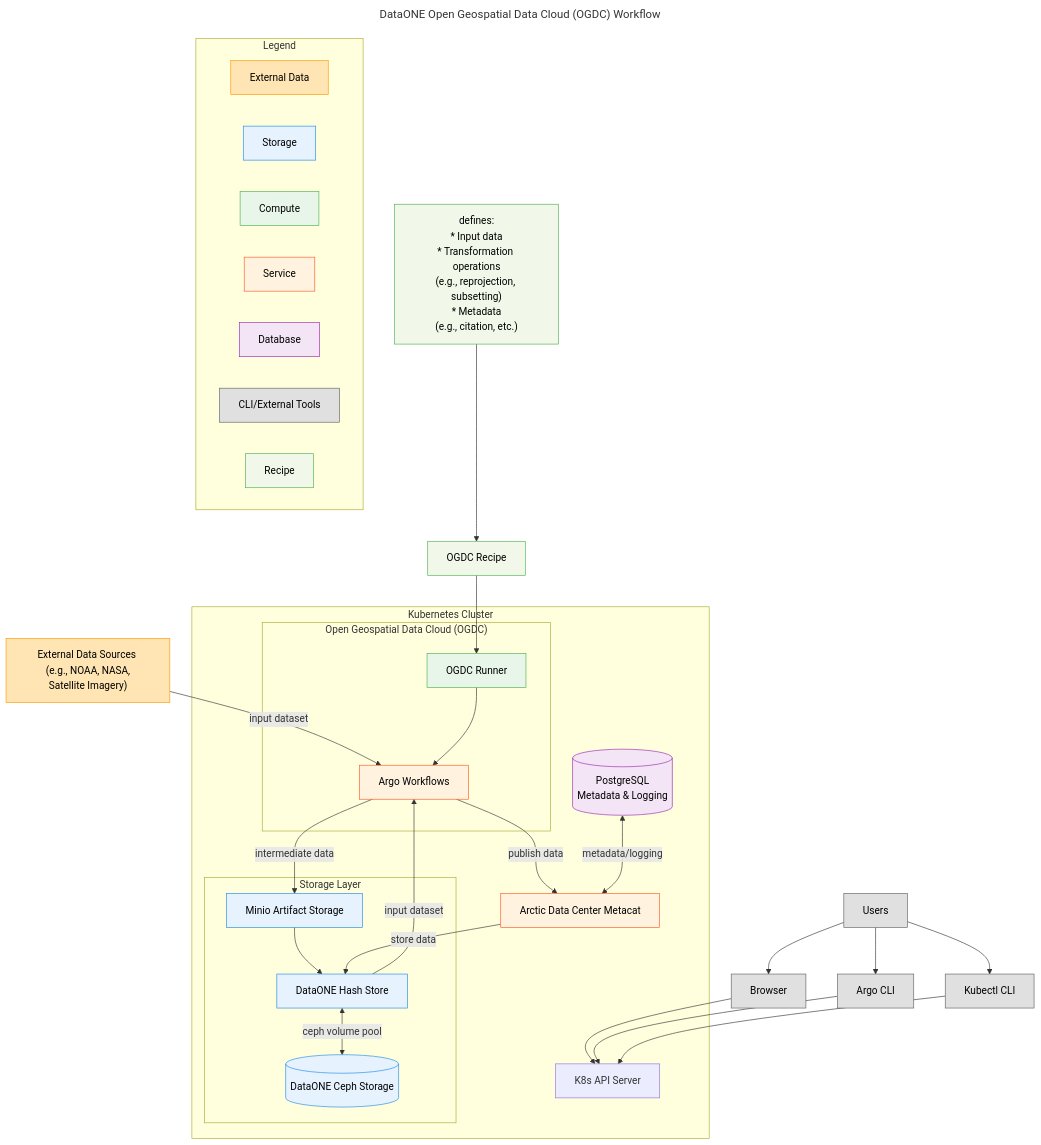
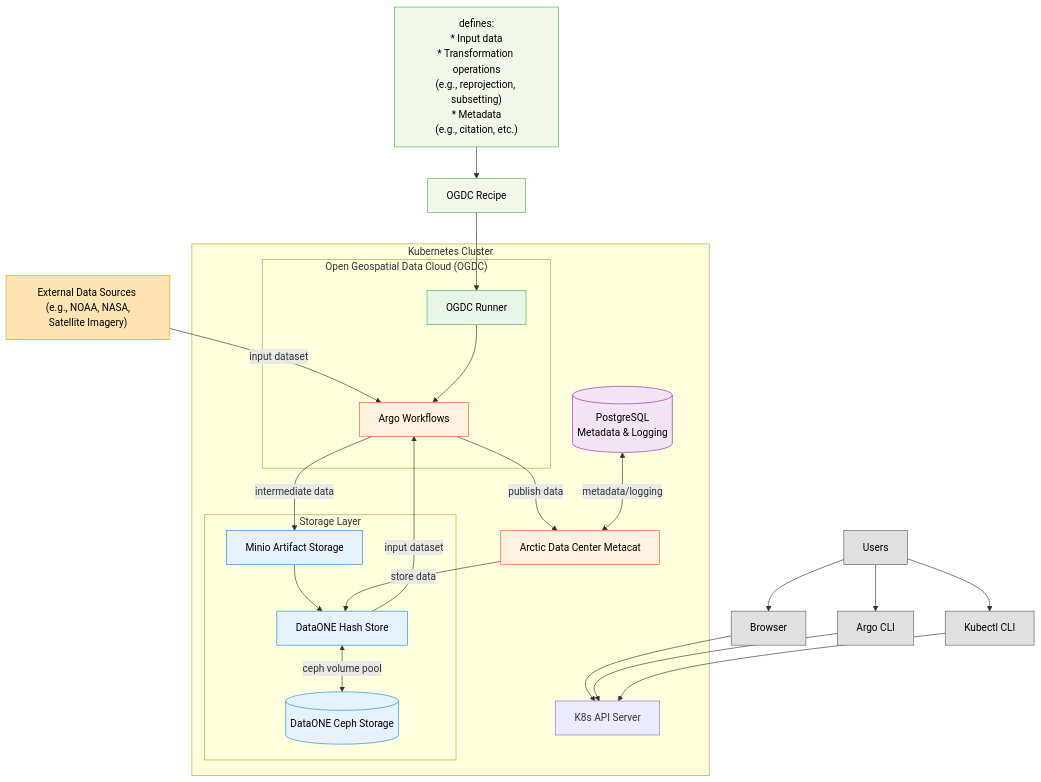
Before and after one commit to QGreenland-Net/qgreenland-net.github.io: the first of 2 diagrams in diagrams/high-level-architecture-v3.3.qmd, drawn with Mermaid. The commit also changed other lines of this file, not shown here.

Commit message:
move legend

````diff
--- a/diagrams/high-level-architecture-v3.3.qmd
+++ b/diagrams/high-level-architecture-v3.3.qmd
@@ -8,7 +9,4 @@
 ```{mermaid}
----
-title: DataONE Open Geospatial Data Cloud (OGDC) Workflow
----
 flowchart TD
     %% Color definitions
     classDef externalData fill:#FFE5B4,stroke:#FF9800,color:#000;
@@ -88,16 +86,4 @@
     dataone_hash <-->|"ceph volume pool"| cephfs
 
     postgresql <-->|"metadata/logging"| ADC_metacat
-
-    %% Legend at the bottom
-    subgraph legend["Legend"]
-        direction LR
-        leg_external["External Data"]:::externalData
-        leg_storage["Storage"]:::storage
-        leg_compute["Compute"]:::compute
-        leg_service["Service"]:::service
-        leg_database["Database"]:::database
-        leg_cli["CLI/External Tools"]:::cli
-        leg_recipe["Recipe"]:::recipe
-    end
 ```
````
